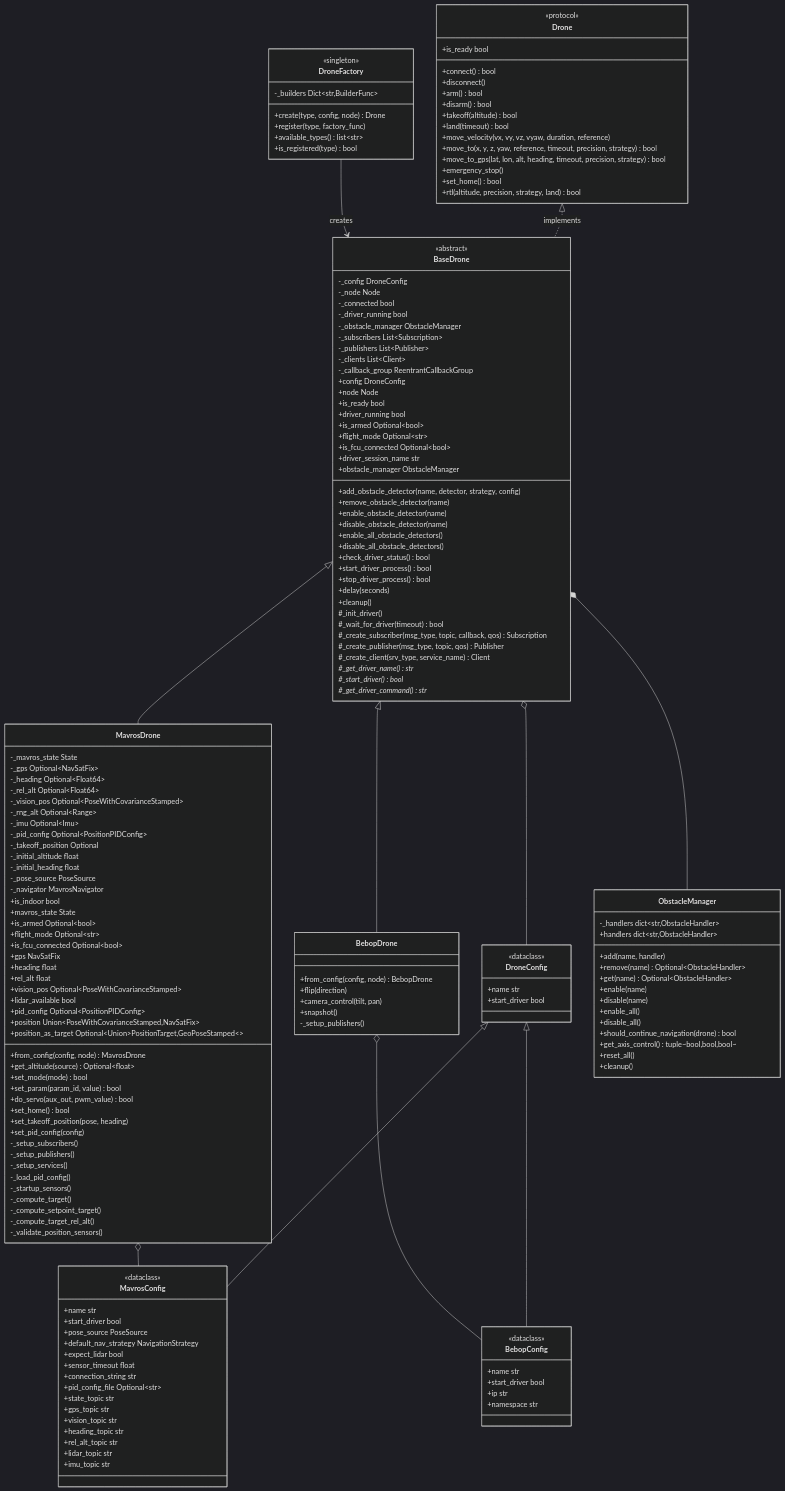
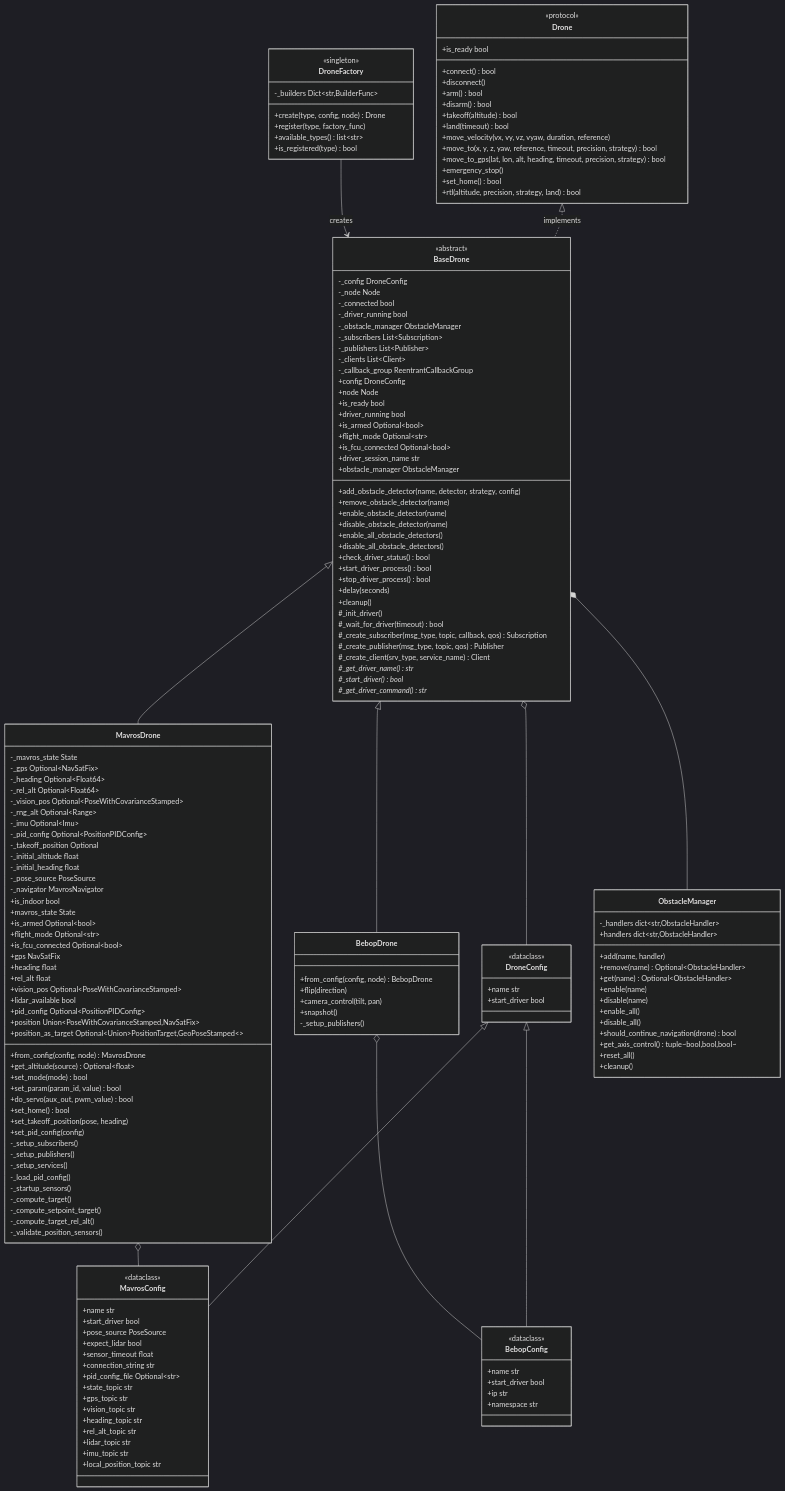
Before and after one commit to Black-Bee-Drones/nectar-sdk: the first of 2 diagrams in nectar/nectar/control/README.md, drawn with Mermaid (dark theme). The commit also changed other lines of this file and 1 other file, not shown here.

Commit message:
docs: update navigation strategies and data structures; add local position support

```diff
--- a/nectar/nectar/control/README.md
+++ b/nectar/nectar/control/README.md
@@ -146,7 +146,6 @@
         +name str
         +start_driver bool
         +pose_source PoseSource
-        +default_nav_strategy NavigationStrategy
         +expect_lidar bool
         +sensor_timeout float
         +connection_string str
@@ -158,6 +157,7 @@
         +rel_alt_topic str
         +lidar_topic str
         +imu_topic str
+        +local_position_topic str
     }
 
     class BebopConfig {
```
